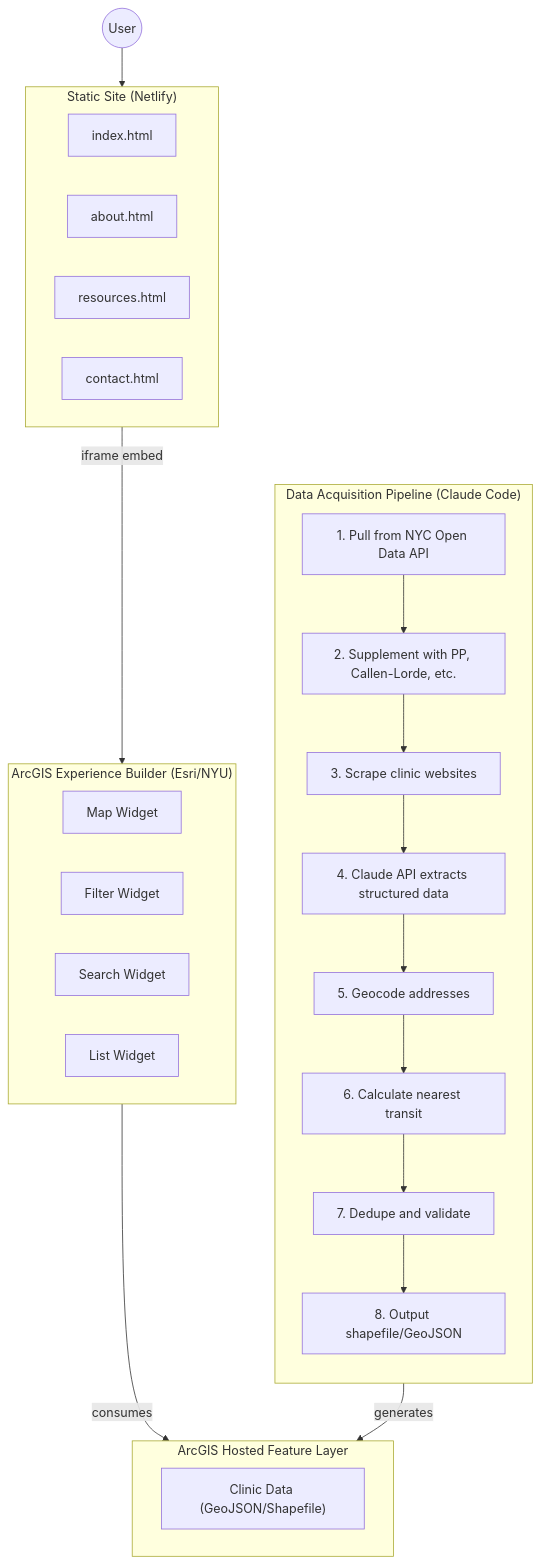
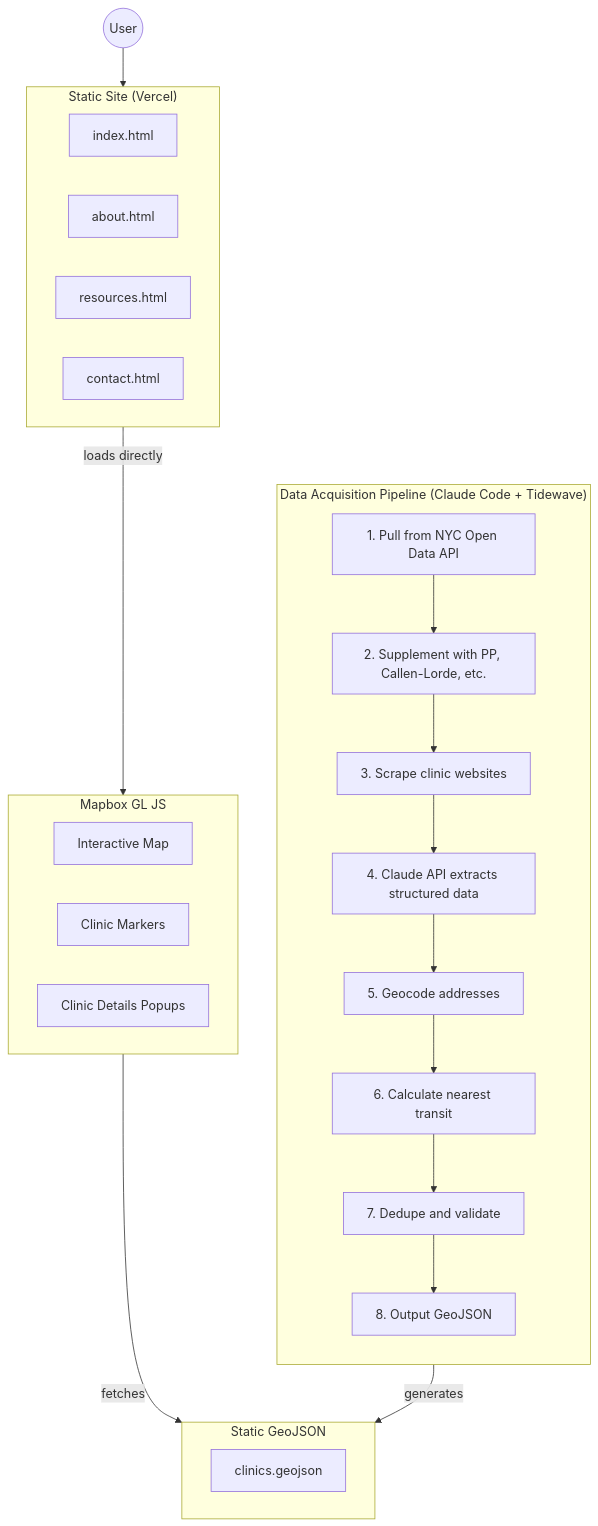
Before and after one commit to Sexual-Health-NYC/sexualhealth.nyc: the diagram in docs/PLAN.md, drawn with Mermaid. The commit also changed other lines of this file and 2 other files, not shown here.

First line of the commit message:
Fix clinics.geojson path and update PLAN.md

````diff
--- a/docs/PLAN.md
+++ b/docs/PLAN.md
@@ -393,40 +404,39 @@
 ```mermaid
 flowchart TB
-    subgraph static["Static Site (Netlify)"]
+    subgraph static["Static Site (Vercel)"]
         direction LR
         index["index.html"]
         about["about.html"]
         resources["resources.html"]
         contact["contact.html"]
     end
 
-    subgraph arcgis["ArcGIS Experience Builder (Esri/NYU)"]
+    subgraph mapbox["Mapbox GL JS"]
         direction LR
-        map["Map Widget"]
-        filter["Filter Widget"]
-        search["Search Widget"]
-        list["List Widget"]
+        map["Interactive Map"]
+        markers["Clinic Markers"]
+        popups["Clinic Details Popups"]
     end
 
-    subgraph data["ArcGIS Hosted Feature Layer"]
-        geojson["Clinic Data (GeoJSON/Shapefile)"]
+    subgraph data["Static GeoJSON"]
+        geojson["clinics.geojson"]
     end
 
-    subgraph pipeline["Data Acquisition Pipeline (Claude Code)"]
+    subgraph pipeline["Data Acquisition Pipeline (Claude Code + Tidewave)"]
         direction TB
         p1["1. Pull from NYC Open Data API"]
         p2["2. Supplement with PP, Callen-Lorde, etc."]
         p3["3. Scrape clinic websites"]
         p4["4. Claude API extracts structured data"]
         p5["5. Geocode addresses"]
         p6["6. Calculate nearest transit"]
         p7["7. Dedupe and validate"]
-        p8["8. Output shapefile/GeoJSON"]
+        p8["8. Output GeoJSON"]
         p1 --> p2 --> p3 --> p4 --> p5 --> p6 --> p7 --> p8
     end
 
     user((User)) --> static
-    static -->|iframe embed| arcgis
-    arcgis -->|consumes| data
+    static -->|loads directly| mapbox
+    mapbox -->|fetches| data
     pipeline -->|generates| data
 ```
````
